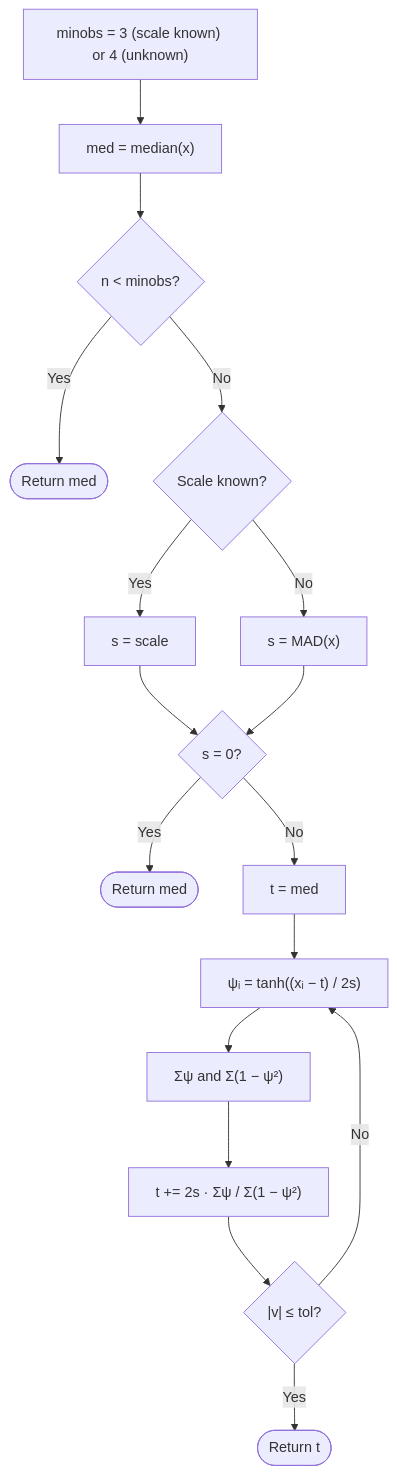
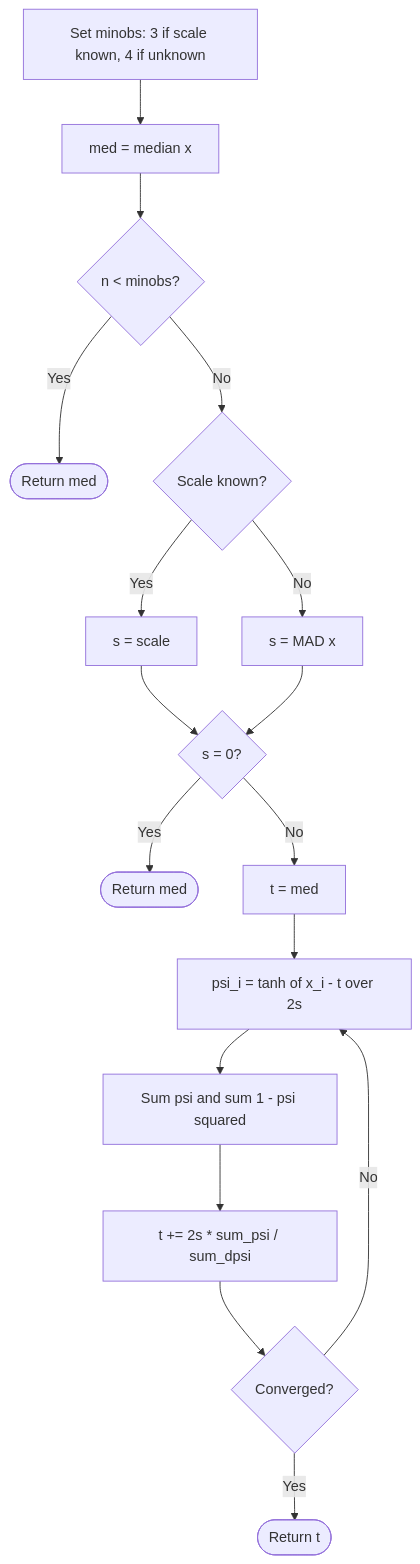
Before and after one commit to davdittrich/robscale: the first of 2 diagrams in README.md, drawn with Mermaid. The commit also changed other lines of this file, not shown here.

Commit message:
Fix Mermaid diagrams: use ASCII-safe labels for GitHub rendering

````diff
--- a/README.md
+++ b/README.md
@@ -114,19 +114,19 @@
 ```mermaid
 flowchart TD
-    A["minobs = 3 (scale known) or 4 (unknown)"] --> B["med = median(x)"]
+    A[Set minobs: 3 if scale known, 4 if unknown] --> B[med = median x]
     B --> C{n < minobs?}
-    C -->|Yes| D([Return med])
-    C -->|No| E{Scale known?}
-    E -->|Yes| F[s = scale]
-    E -->|No| G["s = MAD(x)"]
+    C -- Yes --> D([Return med])
+    C -- No --> E{Scale known?}
+    E -- Yes --> F[s = scale]
+    E -- No --> G[s = MAD x]
     F --> H{s = 0?}
     G --> H
-    H -->|Yes| I([Return med])
-    H -->|No| J[t = med]
-    J --> K["ψᵢ = tanh((xᵢ − t) / 2s)"]
-    K --> L["Σψ and Σ(1 − ψ²)"]
-    L --> M["t += 2s · Σψ / Σ(1 − ψ²)"]
-    M --> N{"|v| ≤ tol?"}
-    N -->|No| K
-    N -->|Yes| O([Return t])
+    H -- Yes --> I([Return med])
+    H -- No --> J[t = med]
+    J --> K[psi_i = tanh of x_i - t over 2s]
+    K --> L[Sum psi and sum 1 - psi squared]
+    L --> M[t += 2s * sum_psi / sum_dpsi]
+    M --> N{Converged?}
+    N -- No --> K
+    N -- Yes --> O([Return t])
 ```
````
